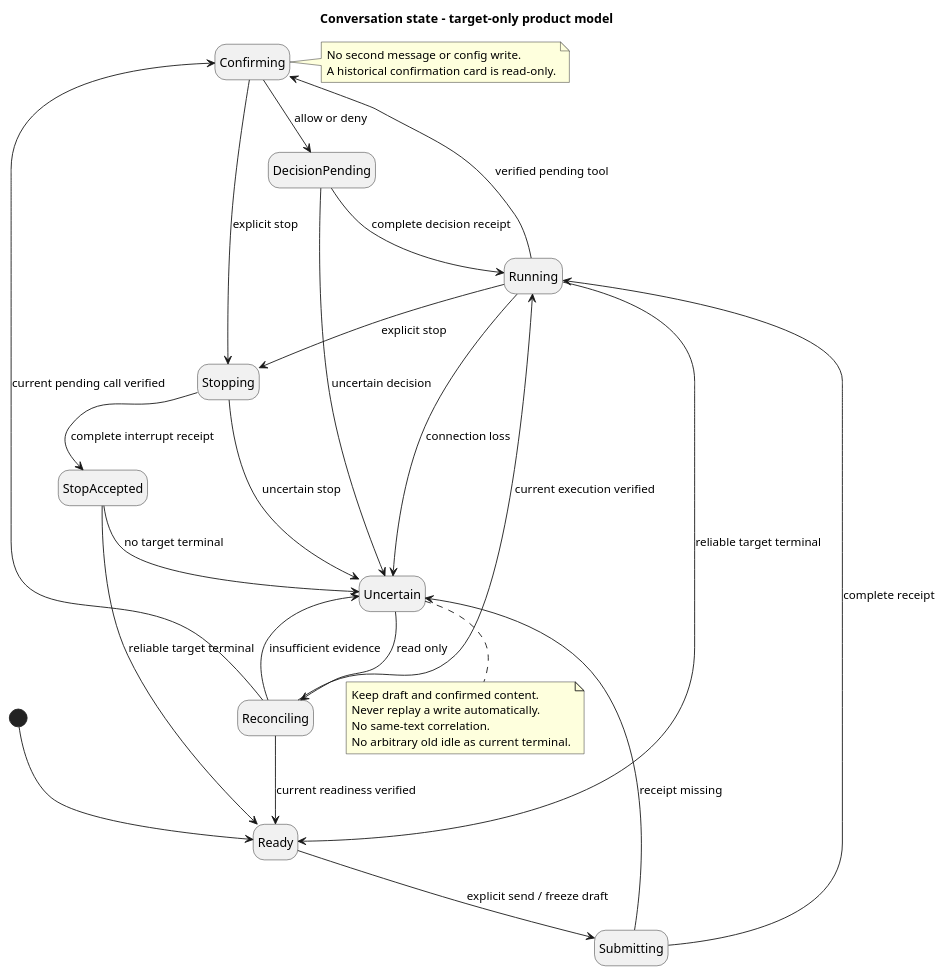
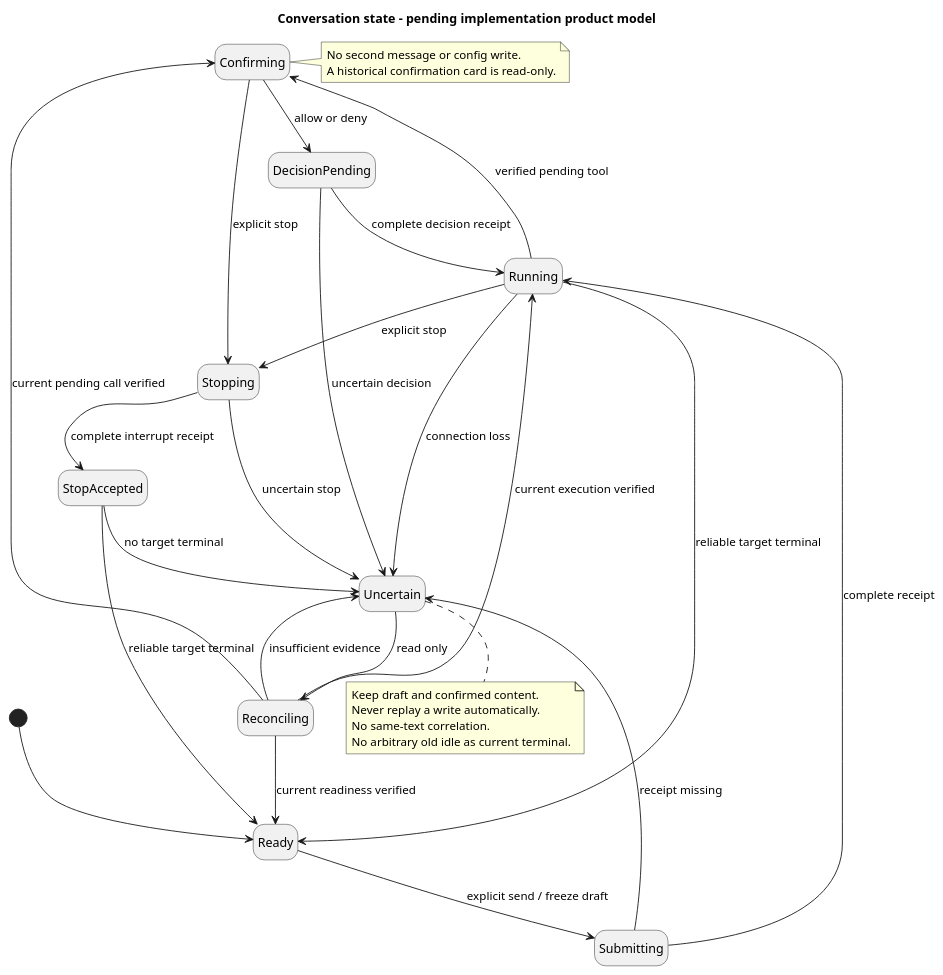
One commit to ssm0808/pi-mono-java-design changed the sixth of 8 diagrams in 07-前端设计/技术设计/diagram.puml. Above: the diagram before and after it, drawn with PlantUML. The commit also changed other lines of this file and 182 other files, not shown here.

```diff
--- a/07-前端设计/技术设计/diagram.puml
+++ b/07-前端设计/技术设计/diagram.puml
@@ -354,40 +354,40 @@
 @startuml target_conversation_states
 ' Source baseline: pi-mono-java dfb90cac4e233e09a0b8f047f7e9f4682f5ad238.
 ' Source evidence: frontend/src/App.vue running, submit; frontend/src/composables/useRuntimeApi.ts abort, matchesPendingSubmission.
 ' Observed behavior: connection state and execution state overlap; confirmation uses text matching.
-' Target-only UI state design; not new HTTP enums.
+' Pending implementation UI state design; not new HTTP enums.
 ' Design reason: accepted writes, confirmation, and connection loss cannot imply completion.
-title Conversation state - target-only product model
+title Conversation state - pending implementation product model
 hide empty description
 [*] --> Ready
 Ready --> Submitting : explicit send / freeze draft
 Submitting --> Running : complete receipt
 Submitting --> Uncertain : receipt missing
 Running --> Confirming : verified pending tool
 Confirming --> DecisionPending : allow or deny
 DecisionPending --> Running : complete decision receipt
 Running --> Stopping : explicit stop
 Confirming --> Stopping : explicit stop
 Stopping --> StopAccepted : complete interrupt receipt
 StopAccepted --> Ready : reliable target terminal
 Running --> Ready : reliable target terminal
 Running --> Uncertain : connection loss
 DecisionPending --> Uncertain : uncertain decision
 Stopping --> Uncertain : uncertain stop
 StopAccepted --> Uncertain : no target terminal
 Uncertain --> Reconciling : read only
 Reconciling --> Uncertain : insufficient evidence
 Reconciling --> Running : current execution verified
 Reconciling --> Confirming : current pending call verified
 Reconciling --> Ready : current readiness verified
 note right of Confirming
 No second message or config write.
 A historical confirmation card is read-only.
 end note
 note bottom of Uncertain
 Keep draft and confirmed content.
 Never replay a write automatically.
 No same-text correlation.
 No arbitrary old idle as current terminal.
 end note
 @enduml
```
